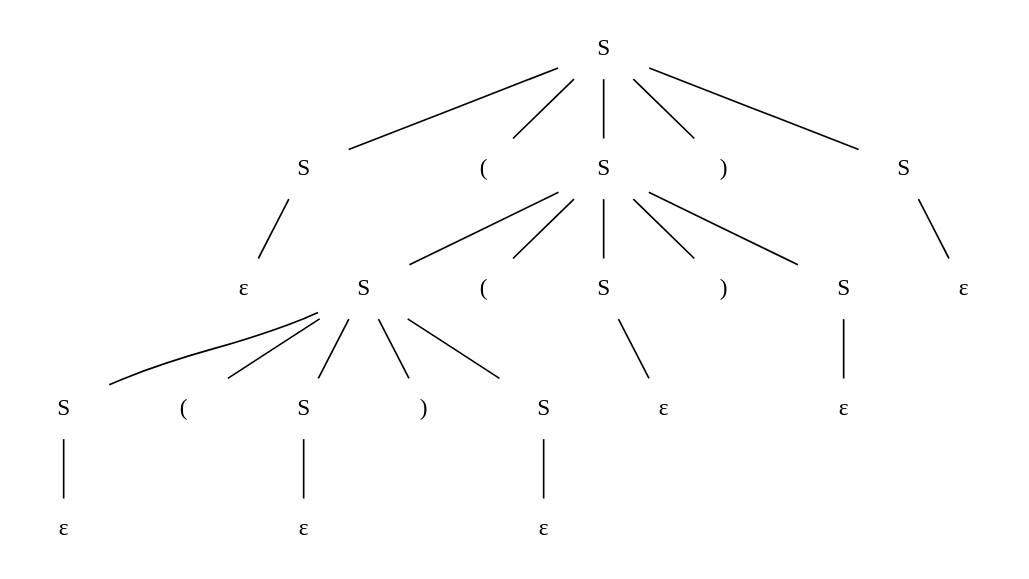
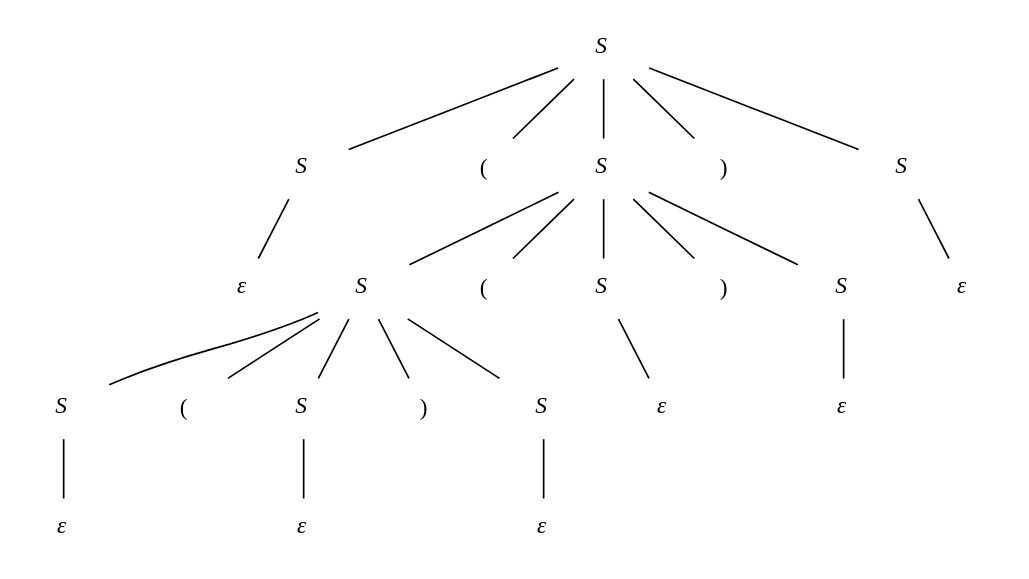
The diagram in spring15/cs450/hw/4/images/4_2_2_c1.dot (woodyhavoc/school), drawn with Graphviz before and after one commit. The commit also changed 4 other files, not shown here.

```diff
--- a/spring15/cs450/hw/4/images/4_2_2_c1.dot
+++ b/spring15/cs450/hw/4/images/4_2_2_c1.dot
@@ -1,66 +1,66 @@
 digraph g
 {
 	node [shape="plaintext"];
 	edge [arrowhead=none];
 
 	s0 -> s1;
 	s0 -> op0;
 	s0 -> s2;
 	s0 -> cp0;
 	s0 -> s3;
 
 	s1 -> ep0;
 	s3 -> ep1;
 
 	s2 -> s4;
 	s2 -> op1;
 	s2 -> s5;
 	s2 -> cp1;
 	s2 -> s6;
 
 	s5 -> ep2;
 	s6 -> ep3;
 
 	s4 -> s7;
 	s4 -> op2;
 	s4 -> s8;
 	s4 -> cp2;
 	s4 -> s9;
 
 	s7 -> ep4;
 	s8 -> ep5;
 	s9 -> ep6;
 
-	s0 [label="S"];
-	s1 [label="S"];
-	s2 [label="S"];
-	s3 [label="S"];
+	s0 [label=<<I>S</I>>];
+	s1 [label=<<I>S</I>>];
+	s2 [label=<<I>S</I>>];
+	s3 [label=<<I>S</I>>];
 
 	op0 [label="("];
 	cp0 [label=")"];
 
-	ep0 [label="&epsilon;"];
-	ep1 [label="&epsilon;"];
+	ep0 [label=<<I>&epsilon;</I>>];
+	ep1 [label=<<I>&epsilon;</I>>];
 
-	s4 [label="S"];
-	s5 [label="S"];
-	s6 [label="S"];
+	s4 [label=<<I>S</I>>];
+	s5 [label=<<I>S</I>>];
+	s6 [label=<<I>S</I>>];
 
 	op1 [label="("];
 	cp1 [label=")"];
 
-	ep2 [label="&epsilon;"];
-	ep3 [label="&epsilon;"];
+	ep2 [label=<<I>&epsilon;</I>>];
+	ep3 [label=<<I>&epsilon;</I>>];
 
-	s7 [label="S"];
-	s8 [label="S"];
-	s9 [label="S"];
+	s7 [label=<<I>S</I>>];
+	s8 [label=<<I>S</I>>];
+	s9 [label=<<I>S</I>>];
 
 	op2 [label="("];
 	cp2 [label=")"];
 
-	ep4 [label="&epsilon;"];
-	ep5 [label="&epsilon;"];
-	ep6 [label="&epsilon;"];
+	ep4 [label=<<I>&epsilon;</I>>];
+	ep5 [label=<<I>&epsilon;</I>>];
+	ep6 [label=<<I>&epsilon;</I>>];
 
 }
```
